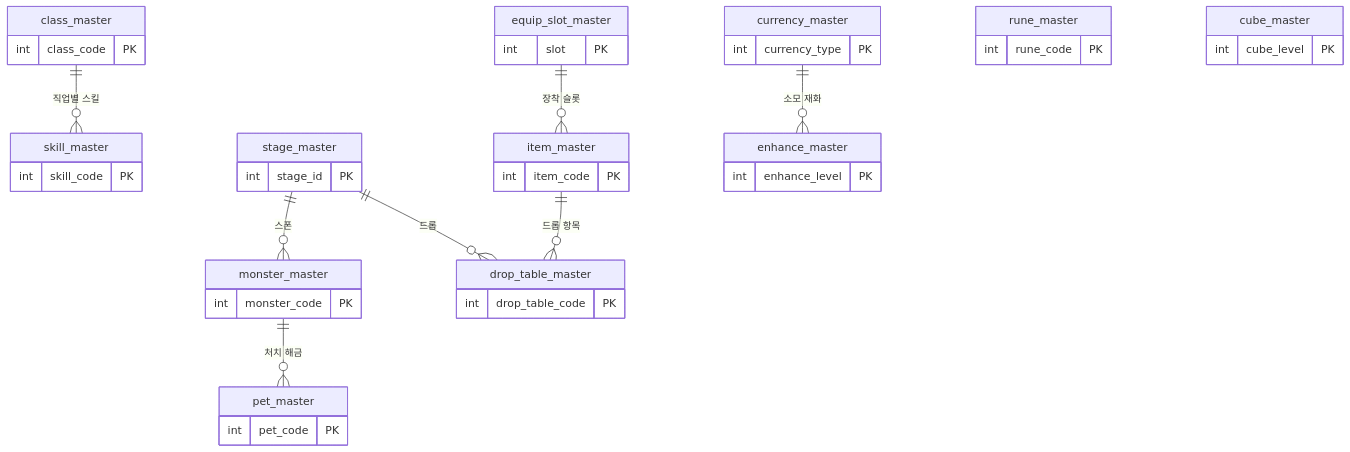
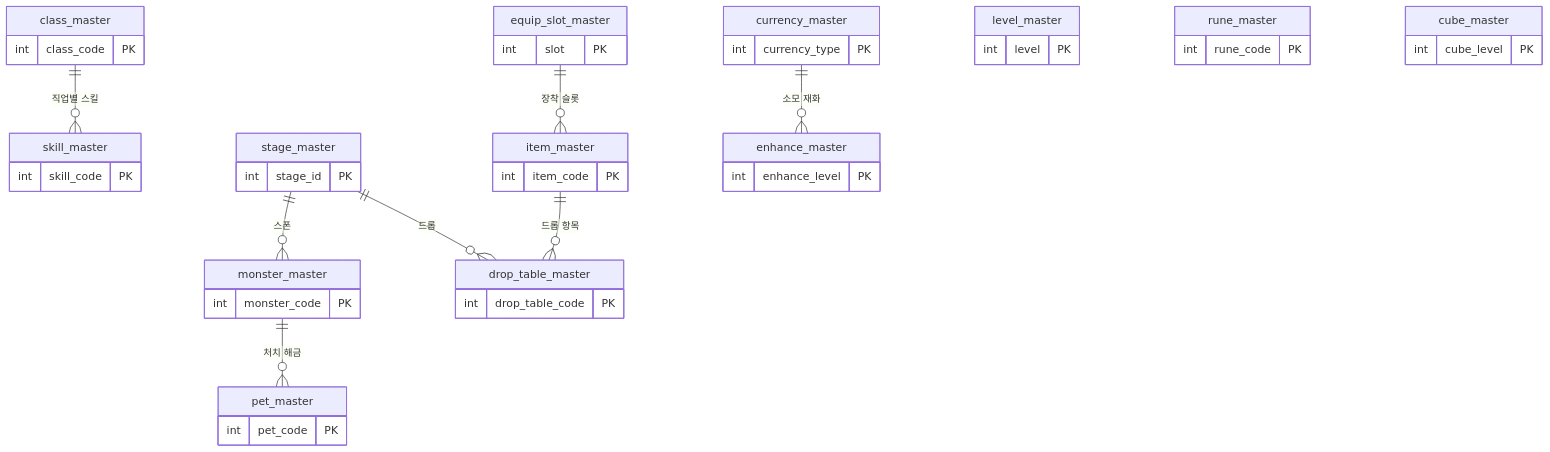
The diagram in docs/세부/master-data-기획서.md (ks-wook/com2us-taskbar-hero), drawn with Mermaid before and after one commit. The commit also changed other lines of this file and 6 other files, not shown here.

````diff
--- a/docs/세부/master-data-기획서.md
+++ b/docs/세부/master-data-기획서.md
@@ -43,23 +44,24 @@
 ```mermaid
 erDiagram
     class_master     ||--o{ skill_master      : "직업별 스킬"
     stage_master     ||--o{ monster_master     : "스폰"
     stage_master     ||--o{ drop_table_master  : "드롭"
     monster_master   ||--o{ pet_master         : "처치 해금"
     item_master      ||--o{ drop_table_master  : "드롭 항목"
     equip_slot_master||--o{ item_master        : "장착 슬롯"
     currency_master  ||--o{ enhance_master     : "소모 재화"
 
     class_master { int class_code PK }
+    level_master { int level PK }
     item_master { int item_code PK }
     equip_slot_master { int slot PK }
     enhance_master { int enhance_level PK }
     currency_master { int currency_type PK }
     skill_master { int skill_code PK }
     rune_master { int rune_code PK }
     pet_master { int pet_code PK }
     monster_master { int monster_code PK }
     stage_master { int stage_id PK }
     drop_table_master { int drop_table_code PK }
     cube_master { int cube_level PK }
 ```
````
